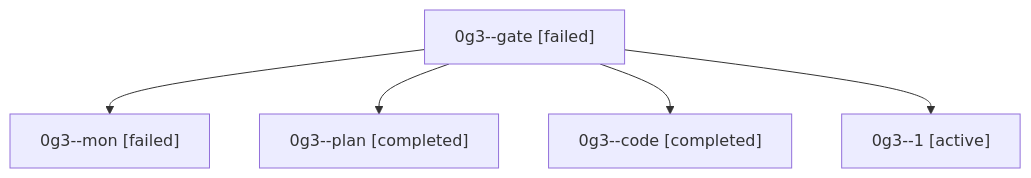
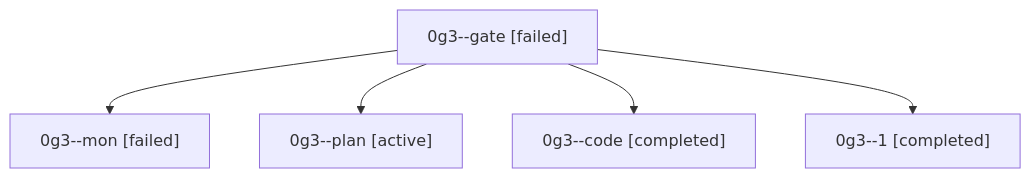
One commit to sase-org/sase--agents changed the diagram in families/bbugyi200.athena.0g3.md. Above: the diagram before and after it, drawn with Mermaid. The commit also changed other lines of this file and 35830 other files, not shown here.

````diff
--- a/families/bbugyi200.athena.0g3.md
+++ b/families/bbugyi200.athena.0g3.md
@@ -9,12 +9,12 @@
 ```mermaid
 flowchart TD
   n0["0g3--gate [failed]"]
   n1["0g3--mon [failed]"]
   n0 --> n1
-  n2["0g3--plan [completed]"]
+  n2["0g3--plan [active]"]
   n0 --> n2
   n3["0g3--code [completed]"]
   n0 --> n3
-  n4["0g3--1 [active]"]
+  n4["0g3--1 [completed]"]
   n0 --> n4
 ```
````
